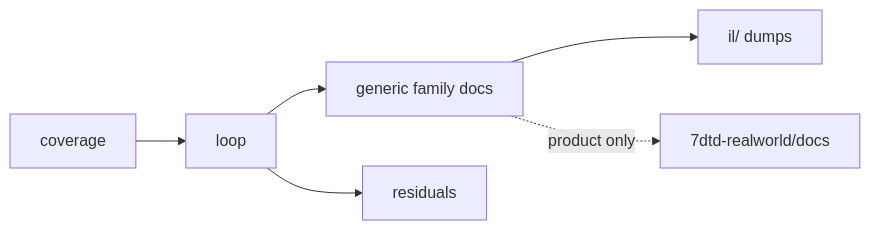
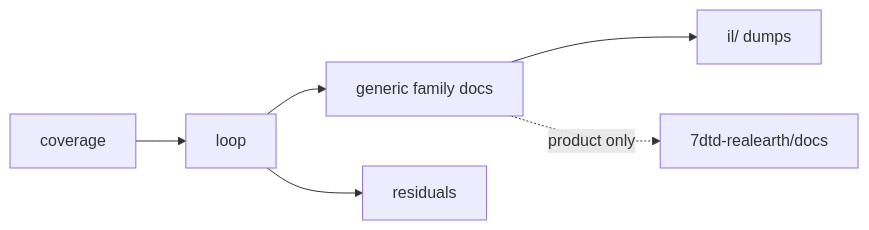
One commit to hordeforge/7dtd-engine-research changed the diagram in docs/INDEX.md. Above: the diagram before and after it, drawn with Mermaid. The commit also changed other lines of this file and 58 other files, not shown here.

````diff
--- a/docs/INDEX.md
+++ b/docs/INDEX.md
@@ -86,8 +86,8 @@
 ```mermaid
 flowchart LR
   A[coverage] --> B[loop]
   B --> C[generic family docs]
   C --> D[il/ dumps]
   B --> E[residuals]
-  C -.->|product only| RE[7dtd-realworld/docs]
+  C -.->|product only| RE[7dtd-realearth/docs]
 ```
````
